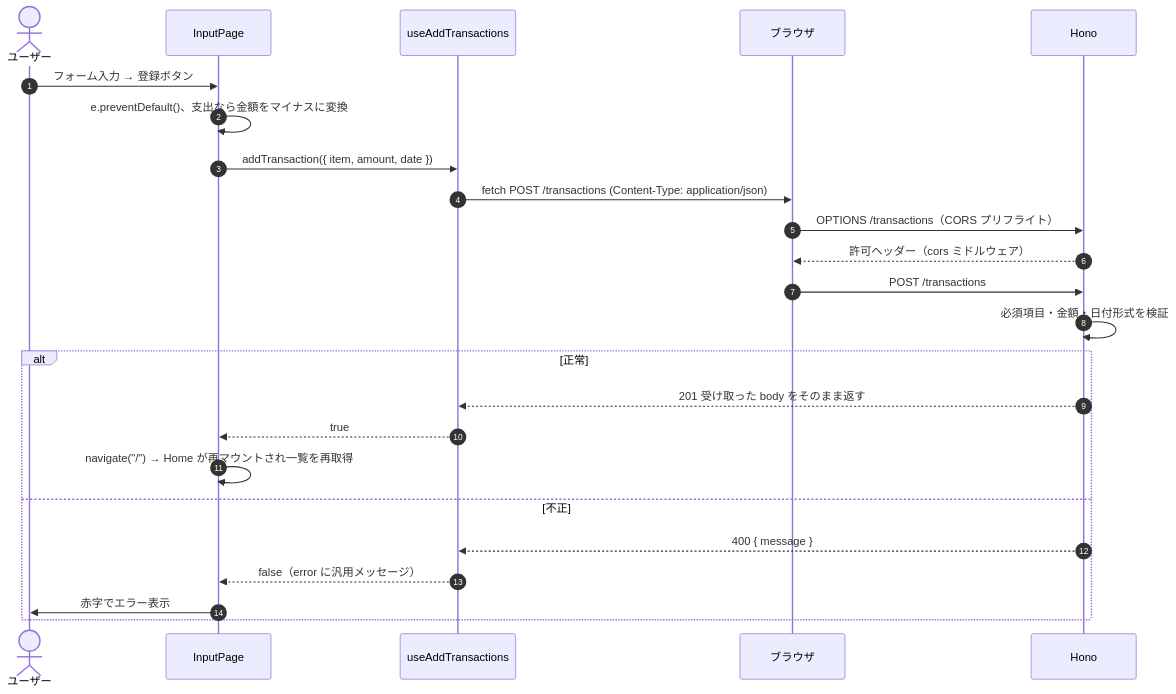
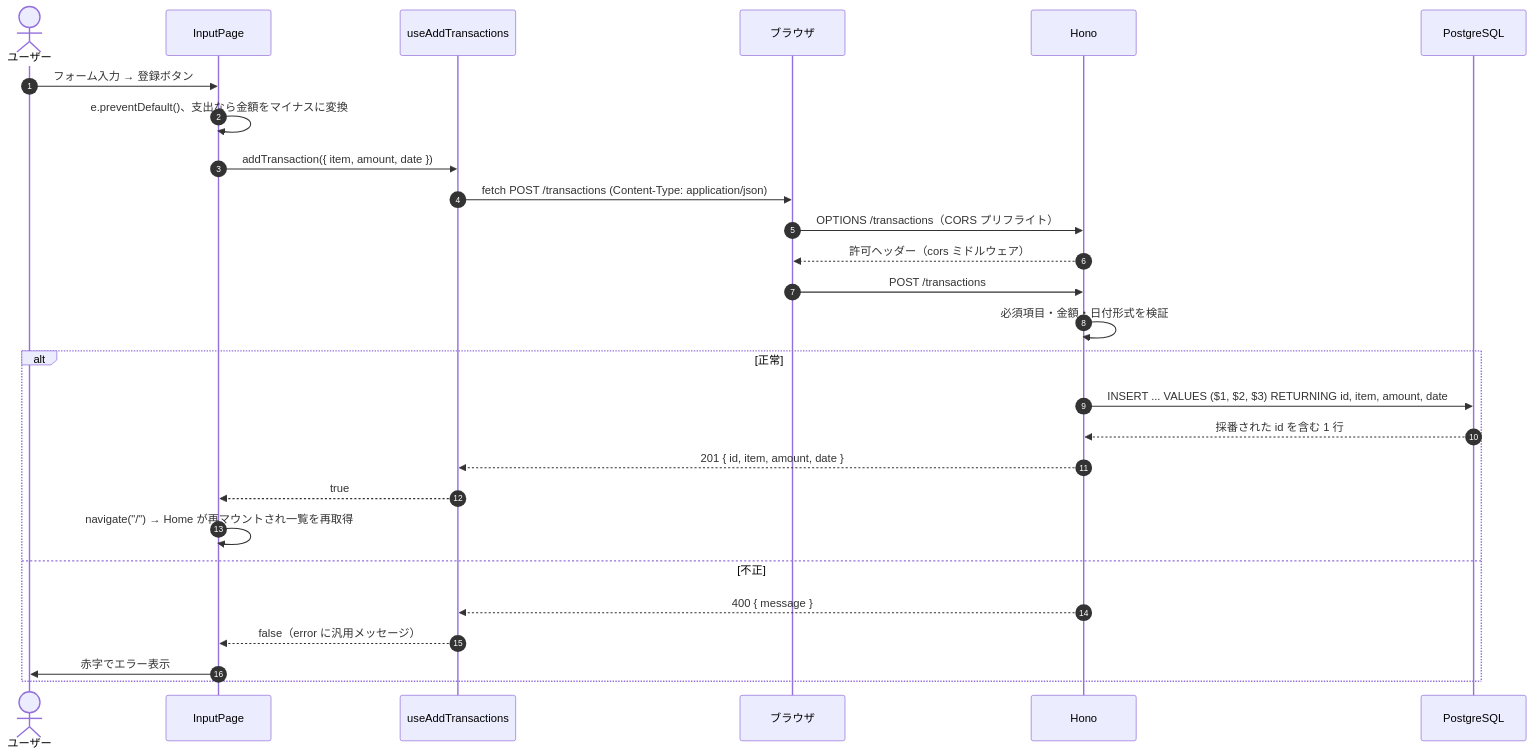
The second of 2 diagrams in study/Architecture/02-request-flow.md (kota-shiratori/kakeibo-app), drawn with Mermaid before and after one commit. The commit also changed other lines of this file and 123 other files, not shown here.

First line of the commit message:
study: Docker / SQL / PostgreSQL / Database のノートを追加し、既存ノートを現行コードに合わせて更新

````diff
--- a/study/Architecture/02-request-flow.md
+++ b/study/Architecture/02-request-flow.md
@@ -52,27 +57,30 @@
 ```mermaid
 sequenceDiagram
   autonumber
   actor U as ユーザー
   participant P as InputPage
   participant A as useAddTransactions
   participant B as ブラウザ
   participant API as Hono
+  participant DB as PostgreSQL
 
   U->>P: フォーム入力 → 登録ボタン
   P->>P: e.preventDefault()、支出なら金額をマイナスに変換
   P->>A: addTransaction({ item, amount, date })
   A->>B: fetch POST /transactions (Content-Type: application/json)
   B->>API: OPTIONS /transactions（CORS プリフライト）
   API-->>B: 許可ヘッダー（cors ミドルウェア）
   B->>API: POST /transactions
   API->>API: 必須項目・金額・日付形式を検証
   alt 正常
-    API-->>A: 201 受け取った body をそのまま返す
+    API->>DB: INSERT ... VALUES ($1, $2, $3) RETURNING id, item, amount, date
+    DB-->>API: 採番された id を含む 1 行
+    API-->>A: 201 { id, item, amount, date }
     A-->>P: true
     P->>P: navigate("/") → Home が再マウントされ一覧を再取得
   else 不正
     API-->>A: 400 { message }
     A-->>P: false（error に汎用メッセージ）
     P->>U: 赤字でエラー表示
   end
 ```
````
